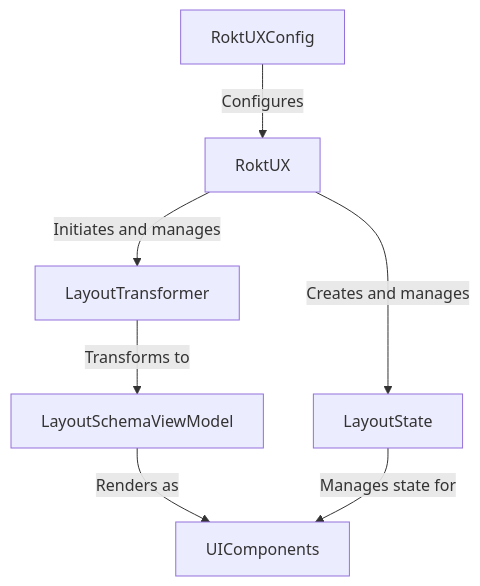
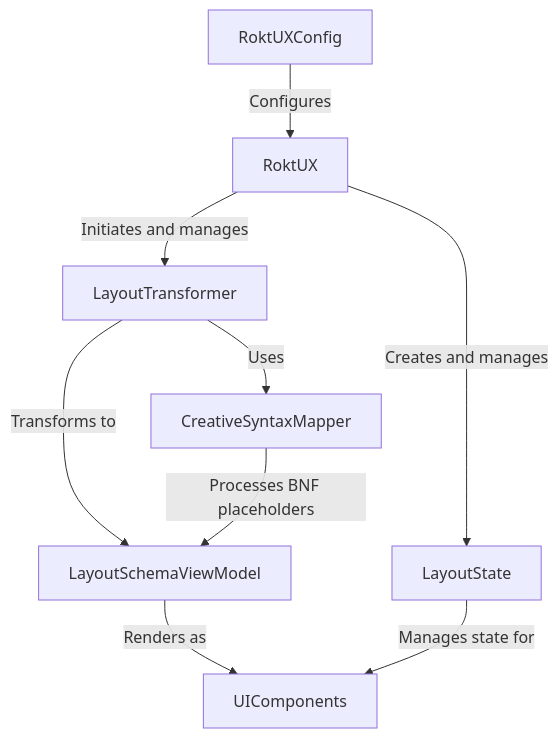
One commit to ROKT/rokt-ux-helper-ios changed the diagram in README.md. Above: the diagram before and after it, drawn with Mermaid. The commit also changed other lines of this file and 1 other file, not shown here.

````diff
--- a/README.md
+++ b/README.md
@@ -43,15 +43,16 @@
 ```mermaid
 graph TD
     RoktUX[RoktUX] --> |Initiates and manages| LayoutTransformer
     RoktUX --> |Creates and manages| LayoutState
 
 
     %% Layout transformation
     LayoutTransformer --> |Transforms to| LayoutSchemaViewModel
+    LayoutTransformer --> |Uses| CreativeMapper[CreativeSyntaxMapper]
+    CreativeMapper --> |Processes BNF placeholders| LayoutSchemaViewModel
     LayoutSchemaViewModel --> |Renders as| UIComponents
-
 
     %% Configuration and state
     RoktUXConfig[RoktUXConfig] --> |Configures| RoktUX
     LayoutState --> |Manages state for| UIComponents
 ```
````
